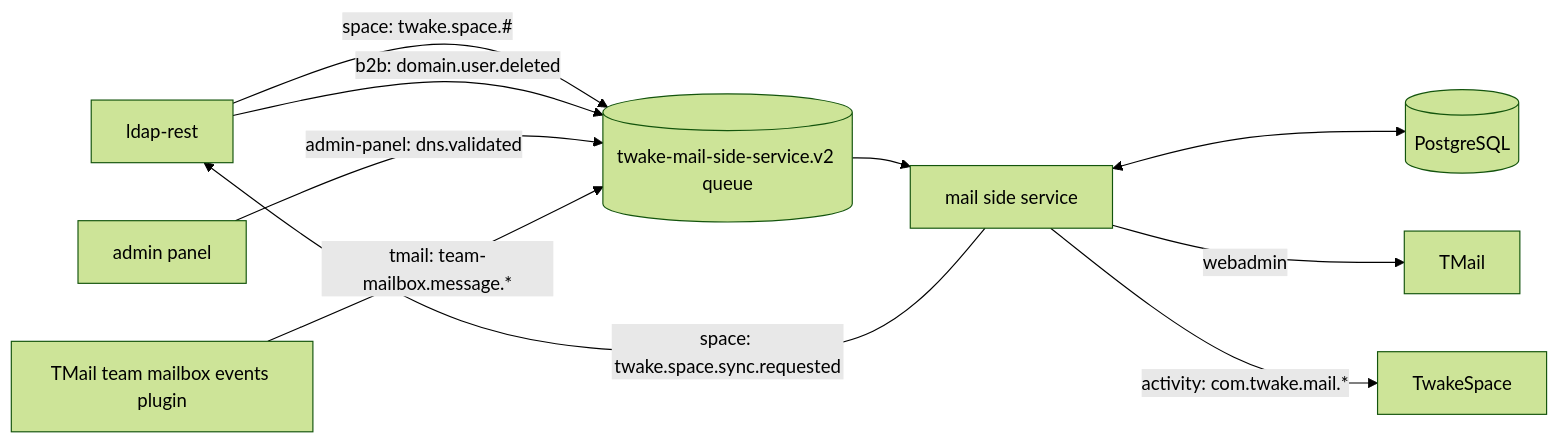
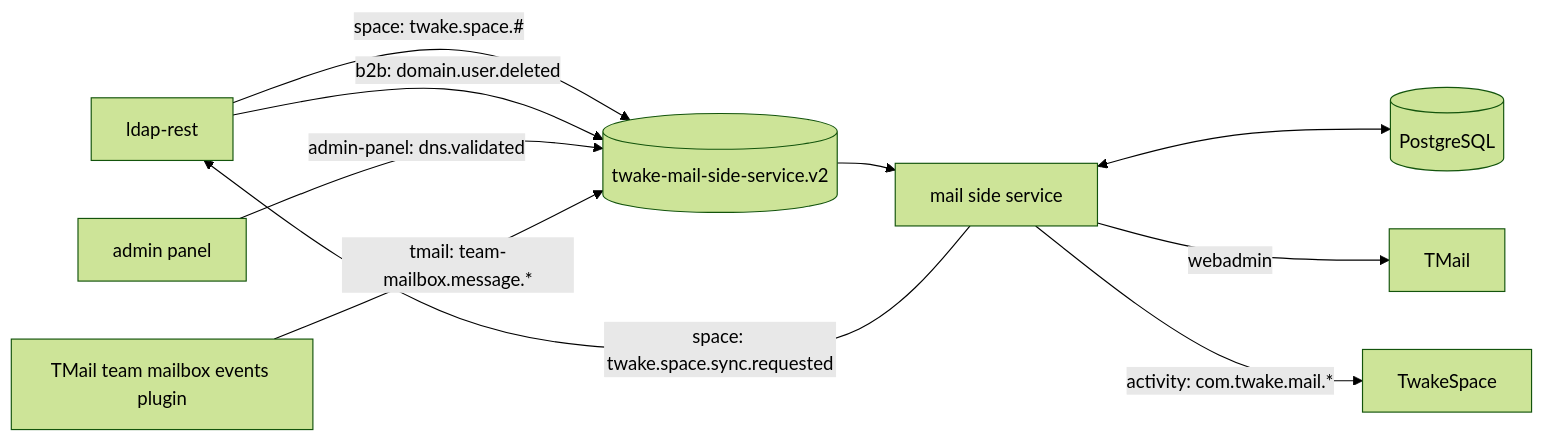
The first of 4 diagrams in docs/architecture.md (linagora/twake-mail-side-service), drawn with Mermaid (forest theme) before and after one commit. The commit also changed other lines of this file and 5 other files, not shown here.

Commit message:
docs: architecture, operations and dependencies checked against the code

````diff
--- a/docs/architecture.md
+++ b/docs/architecture.md
@@ -9,12 +9,12 @@
 ```mermaid
 flowchart LR
-  ldap[ldap-rest] -->|space: twake.space.#| q[(twake-mail-side-service.v2 queue)]
+  ldap[ldap-rest] -->|space: twake.space.#| q[(twake-mail-side-service.v2)]
   ldap -->|b2b: domain.user.deleted| q
   admin[admin panel] -->|admin-panel: dns.validated| q
   plugin[TMail team mailbox events plugin] -->|tmail: team-mailbox.message.*| q
   q --> svc[mail side service]
   svc <--> db[(PostgreSQL)]
   svc -->|webadmin| tmail[TMail]
   svc -->|activity: com.twake.mail.*| space[TwakeSpace]
   svc -->|space: twake.space.sync.requested| ldap
 ```
````
